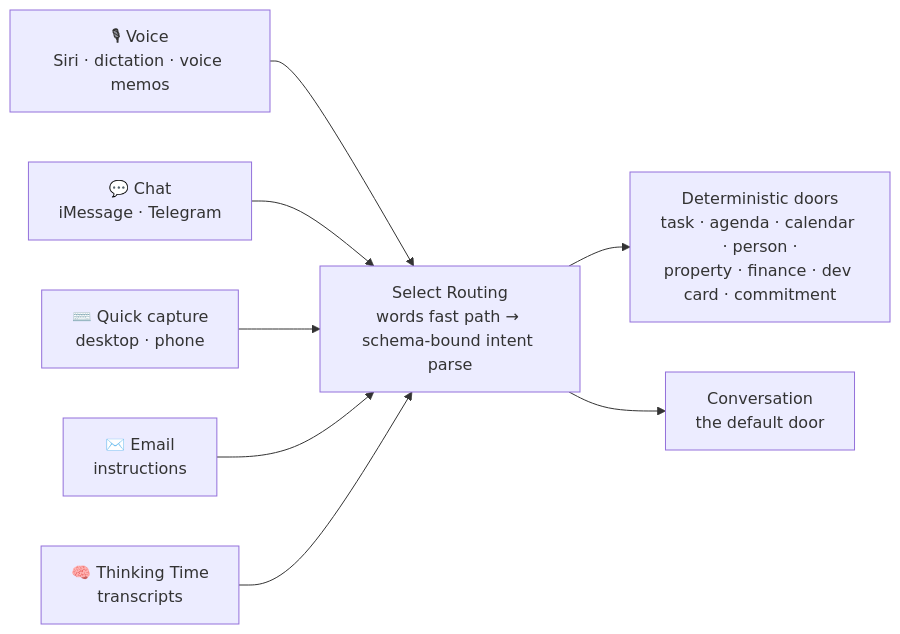
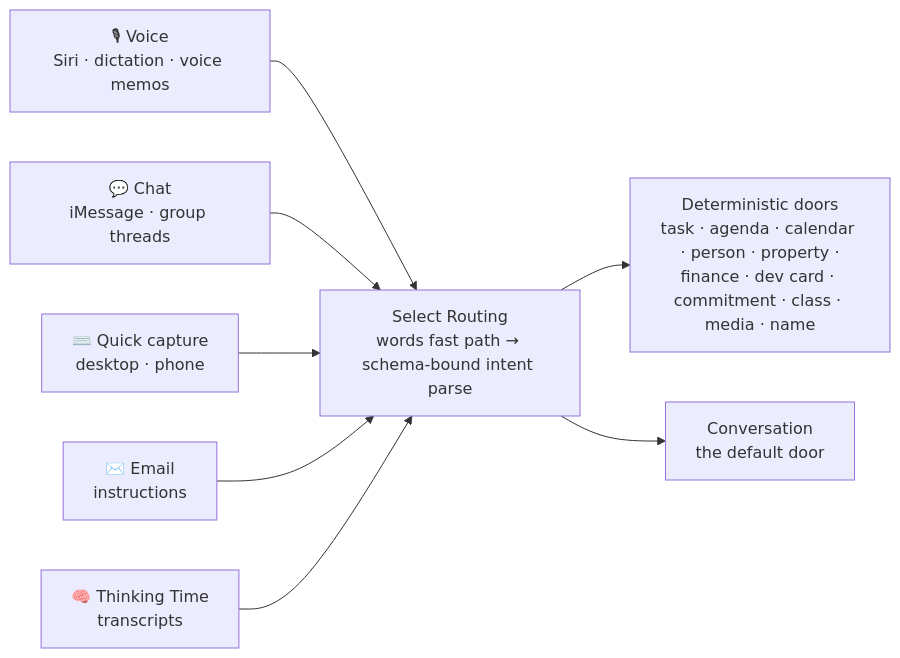
Before and after one commit to cobbenterprises/select-showcase: the diagram in SUBSYSTEMS.md, drawn with Mermaid. The commit also changed other lines of this file and 3 other files, not shown here.

````diff
--- a/SUBSYSTEMS.md
+++ b/SUBSYSTEMS.md
@@ -51,11 +59,11 @@
 ```mermaid
 flowchart LR
     voice["🎙 Voice<br/>Siri · dictation · voice memos"] --> core
-    chat["💬 Chat<br/>iMessage · Telegram"] --> core
+    chat["💬 Chat<br/>iMessage · group threads"] --> core
     cap["⌨️ Quick capture<br/>desktop · phone"] --> core
     mail["✉️ Email<br/>instructions"] --> core
     think["🧠 Thinking Time<br/>transcripts"] --> core
     core["Select Routing<br/>words fast path → schema-bound intent parse"]
-    core --> doors["Deterministic doors<br/>task · agenda · calendar · person ·<br/>property · finance · dev card · commitment"]
+    core --> doors["Deterministic doors<br/>task · agenda · calendar · person · property ·<br/>finance · dev card · commitment · class · media · name"]
     core --> convo["Conversation<br/>the default door"]
 ```
````
